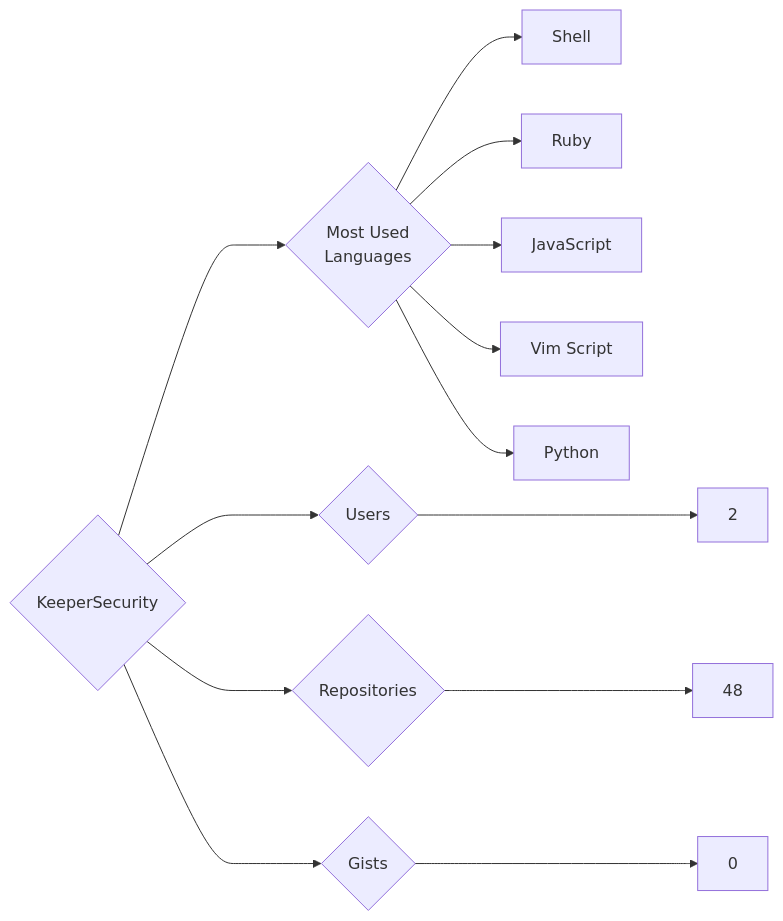
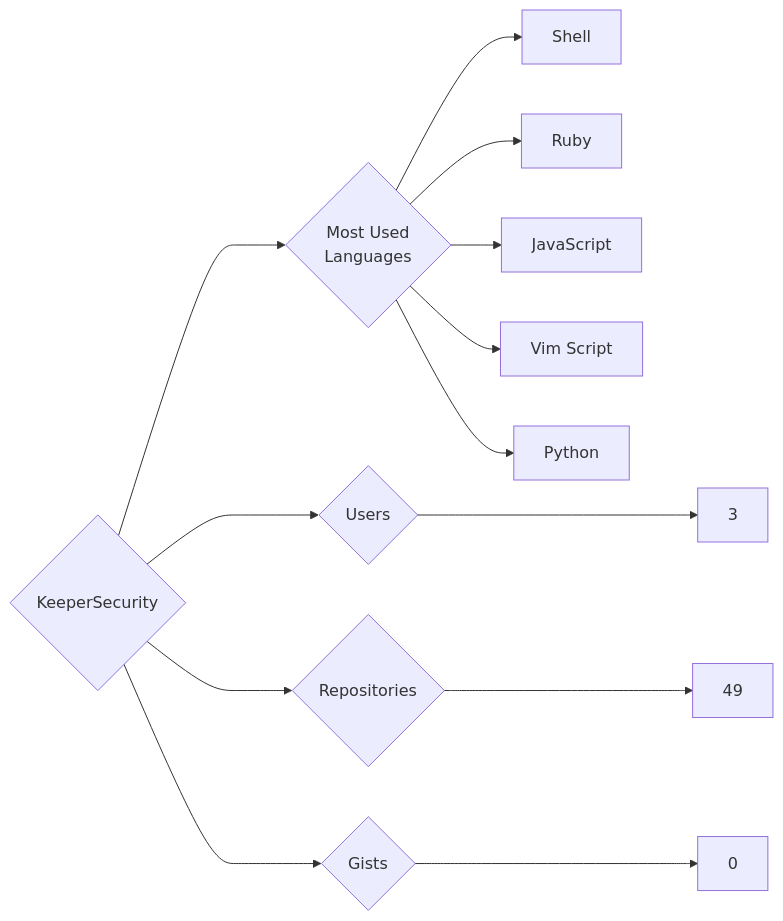
Before and after one commit to trickest/insiders: the diagram in targets/KeeperSecurity/README.md, drawn with Mermaid. The commit also changed 1238 other files, not shown here.

````diff
--- a/targets/KeeperSecurity/README.md
+++ b/targets/KeeperSecurity/README.md
@@ -3,13 +3,13 @@
 ```mermaid
 graph LR
 COMPANY_NAME{KeeperSecurity}
-COMPANY_NAME ---> U{Users} ---> UN[2]
-COMPANY_NAME ---> R{Repositories} ---> RN[48]
+COMPANY_NAME ---> U{Users} ---> UN[3]
+COMPANY_NAME ---> R{Repositories} ---> RN[49]
 COMPANY_NAME ---> G{Gists} ---> GN[0]
 COMPANY_NAME ---> ML{Most Used<br>Languages}
 ML --> Shell[Shell]
 ML --> Ruby[Ruby]
 ML --> JavaScript[JavaScript]
 ML --> Vim_Script[Vim Script]
 ML --> Python[Python]
 ```
````
